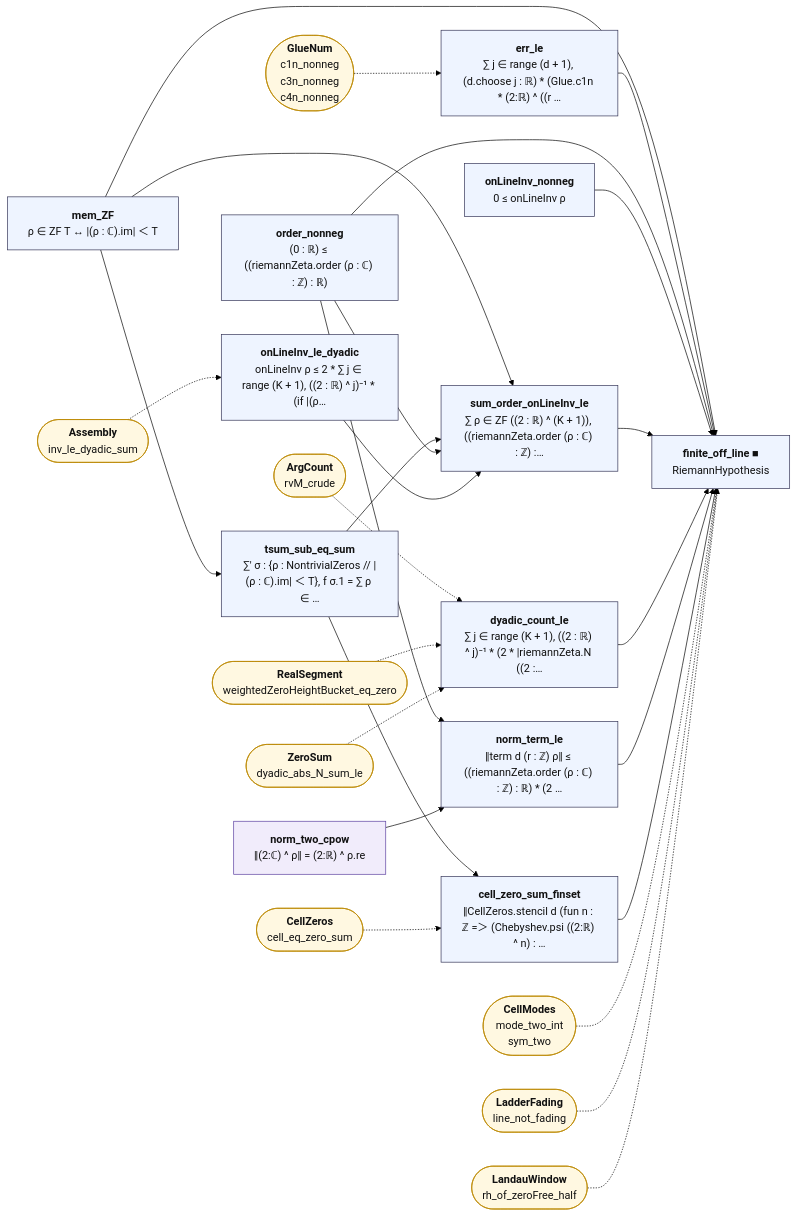
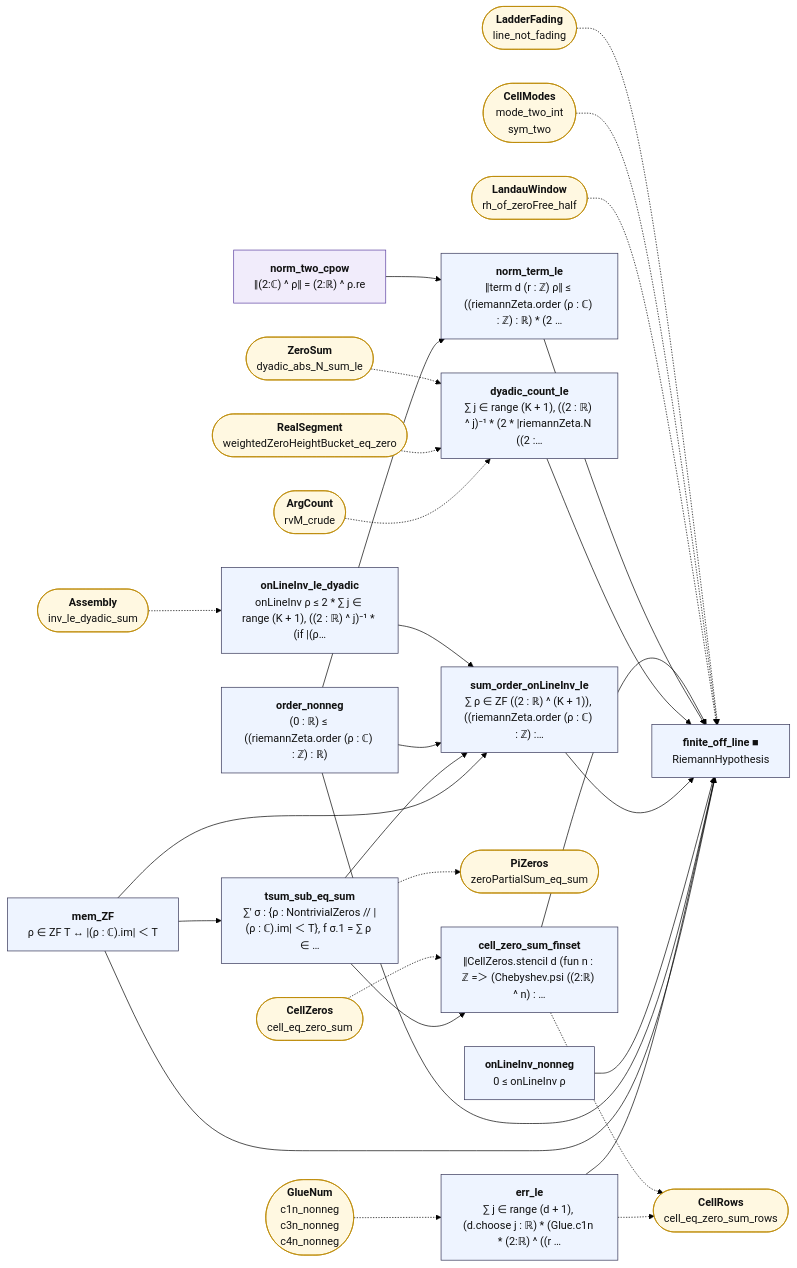
The diagram in map/lean_stage3/FiniteOffLine.mmd (juliansambranojr/Primebeat_081426), drawn with Mermaid (forest theme) before and after one commit. The commit also changed 55 other files, not shown here.

First line of the commit message:
T2 and T3a: the integer table's cell as a sum over the zeros; the height along the rows (units 0441, 0442)

```diff
--- a/map/lean_stage3/FiniteOffLine.mmd
+++ b/map/lean_stage3/FiniteOffLine.mmd
@@ -1,55 +1,60 @@
 flowchart LR
   n0["<b>mem_ZF</b><br/>ρ ∈ ZF T ↔ |(ρ : ℂ).im| ＜ T"]:::thm
   n1["<b>tsum_sub_eq_sum</b><br/>∑' σ : {ρ : NontrivialZeros // |(ρ : ℂ).im| ＜ T}, f σ.1 = ∑ ρ ∈ …"]:::thm
   n2["<b>order_nonneg</b><br/>(0 : ℝ) ≤ ((riemannZeta.order (ρ : ℂ) : ℤ) : ℝ)"]:::thm
   n3["<b>onLineInv_nonneg</b><br/>0 ≤ onLineInv ρ"]:::thm
   n4["<b>onLineInv_le_dyadic</b><br/>onLineInv ρ ≤ 2 * ∑ j ∈ range (K + 1), ((2 : ℝ) ^ j)⁻¹ * (if |(ρ…"]:::thm
   n5["<b>sum_order_onLineInv_le</b><br/>∑ ρ ∈ ZF ((2 : ℝ) ^ (K + 1)), ((riemannZeta.order (ρ : ℂ) : ℤ) :…"]:::thm
   n6["<b>dyadic_count_le</b><br/>∑ j ∈ range (K + 1), ((2 : ℝ) ^ j)⁻¹ * (2 * |riemannZeta.N ((2 :…"]:::thm
   n7["<b>norm_two_cpow</b><br/>‖(2:ℂ) ^ ρ‖ = (2:ℝ) ^ ρ.re"]:::shp
   n8["<b>norm_term_le</b><br/>‖term d (r : ℤ) ρ‖ ≤ ((riemannZeta.order (ρ : ℂ) : ℤ) : ℝ) * (2 …"]:::thm
   n9["<b>cell_zero_sum_finset</b><br/>‖CellZeros.stencil d (fun n : ℤ =＞ (Chebyshev.psi ((2:ℝ) ^ n) : …"]:::thm
   n10["<b>err_le</b><br/>∑ j ∈ range (d + 1), (d.choose j : ℝ) * (Glue.c1n * (2:ℝ) ^ ((r …"]:::thm
   n11["<b>finite_off_line ■</b><br/>RiemannHypothesis"]:::thm
-  x0(["<b>Assembly</b><br/>inv_le_dyadic_sum"]):::ext
-  x1(["<b>ArgCount</b><br/>rvM_crude"]):::ext
-  x2(["<b>RealSegment</b><br/>weightedZeroHeightBucket_eq_zero"]):::ext
-  x3(["<b>ZeroSum</b><br/>dyadic_abs_N_sum_le"]):::ext
-  x4(["<b>CellZeros</b><br/>cell_eq_zero_sum"]):::ext
-  x5(["<b>GlueNum</b><br/>c1n_nonneg<br/>c3n_nonneg<br/>c4n_nonneg"]):::ext
-  x6(["<b>CellModes</b><br/>mode_two_int<br/>sym_two"]):::ext
-  x7(["<b>LadderFading</b><br/>line_not_fading"]):::ext
-  x8(["<b>LandauWindow</b><br/>rh_of_zeroFree_half"]):::ext
+  x0(["<b>PiZeros</b><br/>zeroPartialSum_eq_sum"]):::ext
+  x1(["<b>Assembly</b><br/>inv_le_dyadic_sum"]):::ext
+  x2(["<b>ArgCount</b><br/>rvM_crude"]):::ext
+  x3(["<b>RealSegment</b><br/>weightedZeroHeightBucket_eq_zero"]):::ext
+  x4(["<b>ZeroSum</b><br/>dyadic_abs_N_sum_le"]):::ext
+  x5(["<b>CellZeros</b><br/>cell_eq_zero_sum"]):::ext
+  x6(["<b>CellRows</b><br/>cell_eq_zero_sum_rows"]):::ext
+  x7(["<b>GlueNum</b><br/>c1n_nonneg<br/>c3n_nonneg<br/>c4n_nonneg"]):::ext
+  x8(["<b>CellModes</b><br/>mode_two_int<br/>sym_two"]):::ext
+  x9(["<b>LadderFading</b><br/>line_not_fading"]):::ext
+  x10(["<b>LandauWindow</b><br/>rh_of_zeroFree_half"]):::ext
   n0 --> n1
   n0 --> n11
   n0 --> n5
   n1 --> n5
   n1 --> n9
   n10 --> n11
   n2 --> n11
   n2 --> n5
   n2 --> n8
   n3 --> n11
   n4 --> n5
   n5 --> n11
   n6 --> n11
   n7 --> n8
   n8 --> n11
   n9 --> n11
-  x0 -.-> n4
-  x1 -.-> n6
+  n1 -.-> x0
+  n10 -.-> x6
+  n9 -.-> x6
+  x1 -.-> n4
+  x10 -.-> n11
   x2 -.-> n6
   x3 -.-> n6
-  x4 -.-> n9
-  x5 -.-> n10
-  x6 -.-> n11
-  x7 -.-> n11
+  x4 -.-> n6
+  x5 -.-> n9
+  x7 -.-> n10
   x8 -.-> n11
+  x9 -.-> n11
   classDef cnt fill:#dff5ec,stroke:#17694a,color:#111
   classDef shp fill:#f1ecfb,stroke:#5b3fa0,color:#111
   classDef rh fill:#ffe5e5,stroke:#c22,color:#111,stroke-width:2px
   classDef thm fill:#eef4ff,stroke:#335,color:#111
   classDef end_ fill:#e7f7e7,stroke:#2a7,color:#111,stroke-width:2px
   classDef lone fill:#fff,stroke:#999,color:#111,stroke-dasharray:4 3
   classDef bad fill:#ffe5e5,stroke:#c22,color:#111,stroke-width:2px
   classDef ext fill:#fff8e1,stroke:#b80,color:#111
```
